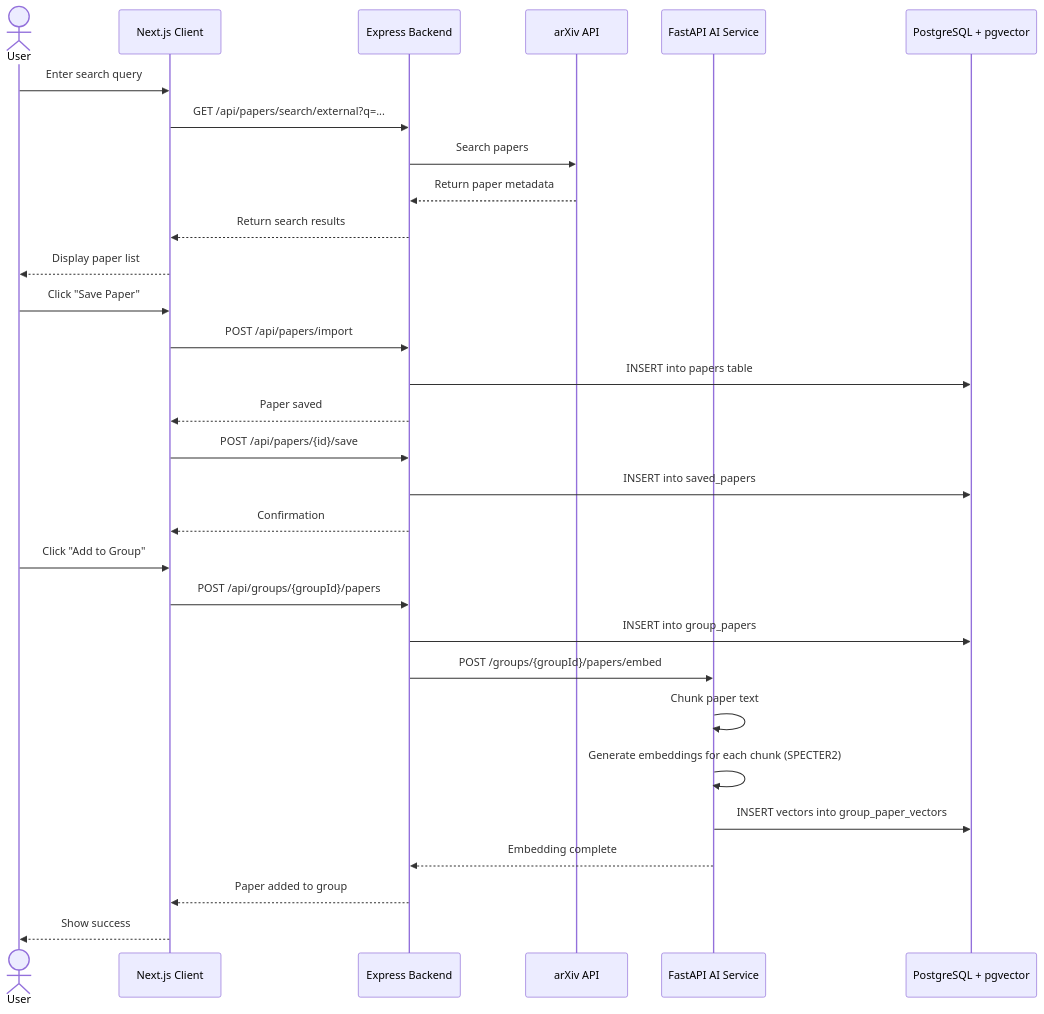
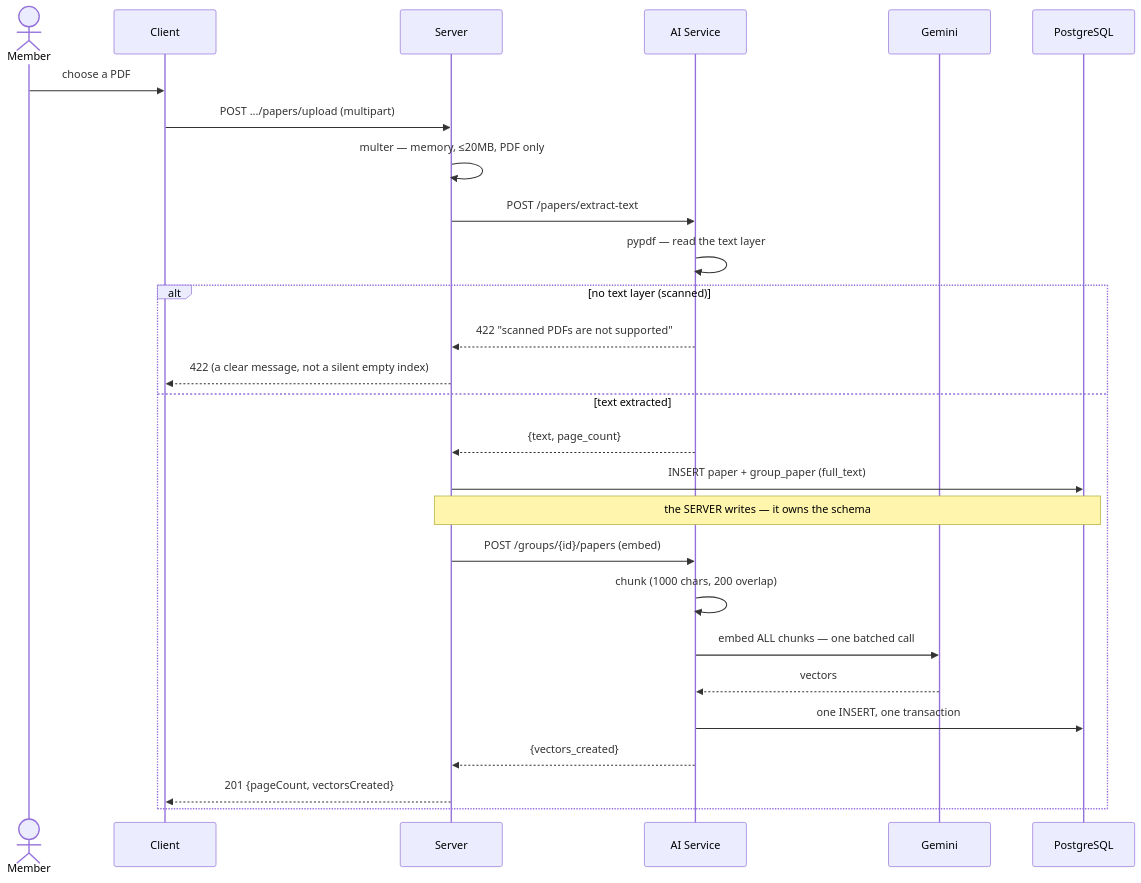
One commit to BRUH-MAIN/OpenResearch changed the seventh of 14 diagrams in docs/UML-Diagrams.md. Above: the diagram before and after it, drawn with Mermaid. The commit also changed other lines of this file and 1 other file, not shown here.

First line of the commit message:
docs: regenerate SRS and UML against the implemented system

````diff
--- a/docs/UML-Diagrams.md
+++ b/docs/UML-Diagrams.md
@@ -412,35 +409,31 @@
 ```mermaid
 sequenceDiagram
-    actor User
-    participant Client as Next.js Client
-    participant Server as Express Backend
-    participant ArXiv as arXiv API
-    participant AI as FastAPI AI Service
-    participant DB as PostgreSQL + pgvector
+    actor U as Member
+    participant C as Client
+    participant S as Server
+    participant AI as AI Service
+    participant E as Gemini
+    participant DB as PostgreSQL
 
-    User->>Client: Enter search query
-    Client->>Server: GET /api/papers/search/external?q=...
-    Server->>ArXiv: Search papers
-    ArXiv-->>Server: Return paper metadata
-    Server-->>Client: Return search results
-    Client-->>User: Display paper list
+    U->>C: choose a PDF
+    C->>S: POST .../papers/upload (multipart)
+    S->>S: multer — memory, ≤20MB, PDF only
+    S->>AI: POST /papers/extract-text
+    AI->>AI: pypdf — read the text layer
 
-    User->>Client: Click "Save Paper"
-    Client->>Server: POST /api/papers/import
-    Server->>DB: INSERT into papers table
-    Server-->>Client: Paper saved
-    Client->>Server: POST /api/papers/{id}/save
-    Server->>DB: INSERT into saved_papers
-    Server-->>Client: Confirmation
-
-    User->>Client: Click "Add to Group"
-    Client->>Server: POST /api/groups/{groupId}/papers
-    Server->>DB: INSERT into group_papers
-    Server->>AI: POST /groups/{groupId}/papers/embed
-    AI->>AI: Chunk paper text
-    AI->>AI: Generate embeddings for each chunk (SPECTER2)
-    AI->>DB: INSERT vectors into group_paper_vectors
-    AI-->>Server: Embedding complete
-    Server-->>Client: Paper added to group
-    Client-->>User: Show success
+    alt no text layer (scanned)
+        AI-->>S: 422 "scanned PDFs are not supported"
+        S-->>C: 422 (a clear message, not a silent empty index)
+    else text extracted
+        AI-->>S: {text, page_count}
+        S->>DB: INSERT paper + group_paper (full_text)
+        Note over S,DB: the SERVER writes — it owns the schema
+        S->>AI: POST /groups/{id}/papers (embed)
+        AI->>AI: chunk (1000 chars, 200 overlap)
+        AI->>E: embed ALL chunks — one batched call
+        E-->>AI: vectors
+        AI->>DB: one INSERT, one transaction
+        AI-->>S: {vectors_created}
+        S-->>C: 201 {pageCount, vectorsCreated}
+    end
 ```
````
